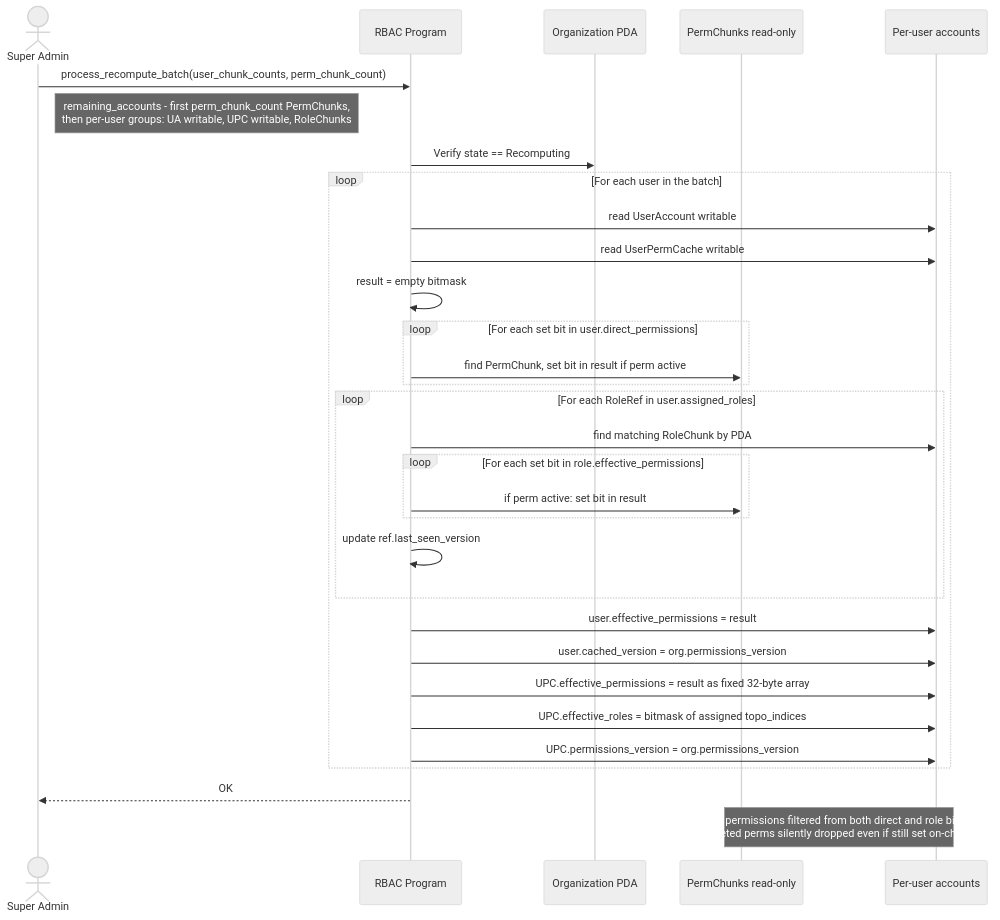
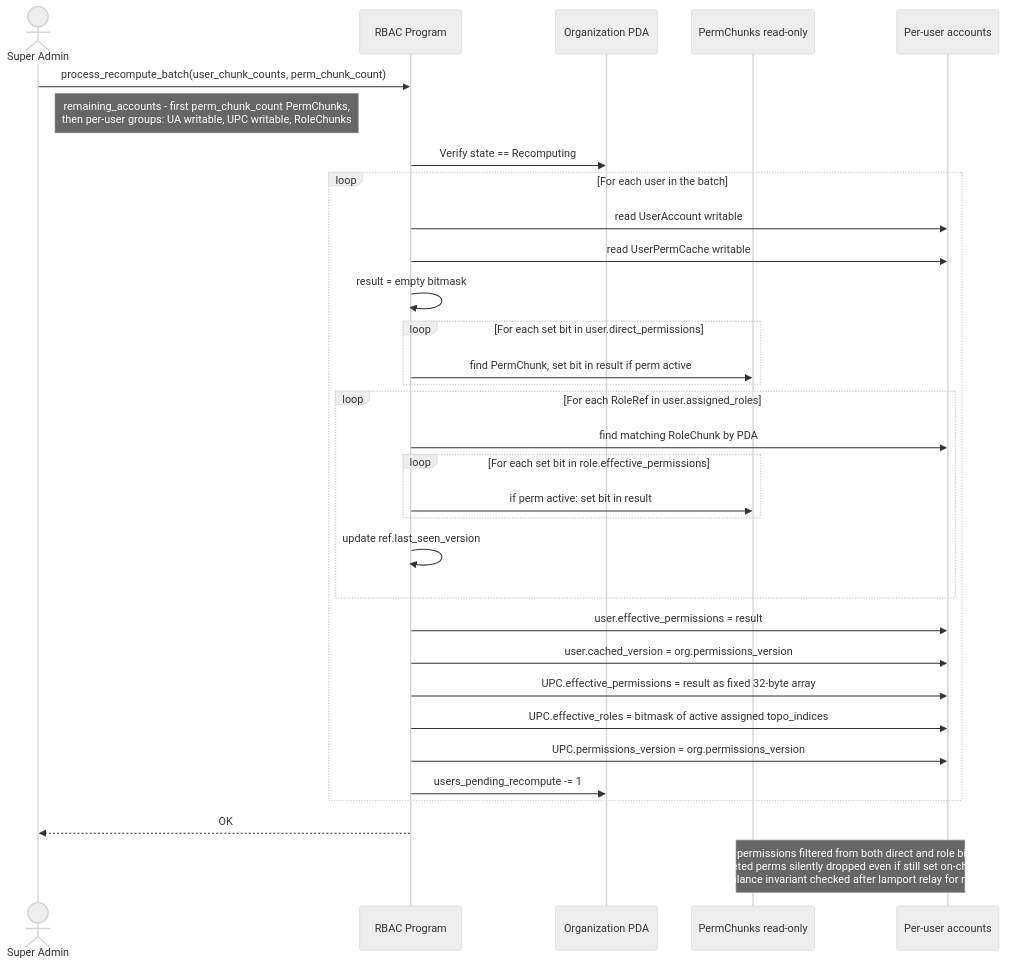
Before and after one commit to Vadimus1983/Solana-rbac: diagram 12 of 25 in docs/architecture.md, drawn with Mermaid (neutral theme). The commit also changed other lines of this file and 1 other file, not shown here.

````diff
--- a/docs/architecture.md
+++ b/docs/architecture.md
@@ -546,41 +578,42 @@
 ```mermaid
 sequenceDiagram
     actor Admin as Super Admin
     participant P as RBAC Program
     participant Org as Organization PDA
     participant PCs as PermChunks read-only
     participant RAs as Per-user accounts
 
     Admin->>P: process_recompute_batch(user_chunk_counts, perm_chunk_count)
     Note right of Admin: remaining_accounts - first perm_chunk_count PermChunks,<br/>then per-user groups: UA writable, UPC writable, RoleChunks
 
     P->>Org: Verify state == Recomputing
 
     loop For each user in the batch
         P->>RAs: read UserAccount writable
         P->>RAs: read UserPermCache writable
         P->>P: result = empty bitmask
 
         loop For each set bit in user.direct_permissions
             P->>PCs: find PermChunk, set bit in result if perm active
         end
 
         loop For each RoleRef in user.assigned_roles
             P->>RAs: find matching RoleChunk by PDA
             loop For each set bit in role.effective_permissions
                 P->>PCs: if perm active: set bit in result
             end
             P->>P: update ref.last_seen_version
         end
 
         P->>RAs: user.effective_permissions = result
         P->>RAs: user.cached_version = org.permissions_version
         P->>RAs: UPC.effective_permissions = result as fixed 32-byte array
-        P->>RAs: UPC.effective_roles = bitmask of assigned topo_indices
+        P->>RAs: UPC.effective_roles = bitmask of active assigned topo_indices
         P->>RAs: UPC.permissions_version = org.permissions_version
+        P->>Org: users_pending_recompute -= 1
     end
 
     P-->>Admin: OK
 
-    Note over PCs,RAs: Inactive permissions filtered from both direct and role bitmasks.<br/>Deleted perms silently dropped even if still set on-chain.
+    Note over PCs,RAs: Inactive permissions filtered from both direct and role bitmasks.<br/>Deleted perms silently dropped even if still set on-chain.<br/>Org balance invariant checked after lamport relay for realloc.
 ```
````
